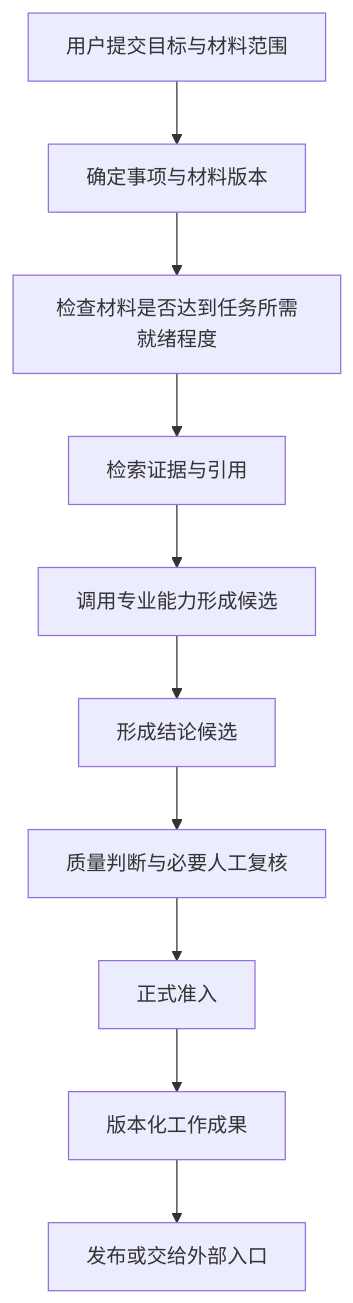
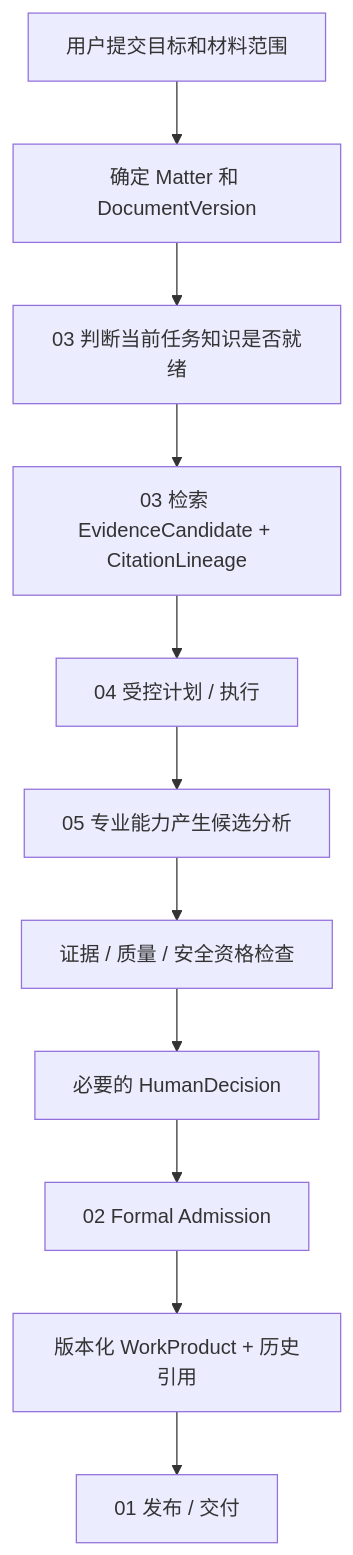
One commit to ProfessorZhi/Zuno changed the second of 5 diagrams in docs/architecture/architecture.md. Above: the diagram before and after it, drawn with Mermaid. The commit also changed other lines of this file, not shown here.

Commit message:
docs: align overall architecture with module design baseline

````diff
--- a/docs/architecture/architecture.md
+++ b/docs/architecture/architecture.md
@@ -88,12 +102,13 @@
 ```mermaid
 flowchart TB
-  START[用户提交目标与材料范围] --> MATTER[确定事项与材料版本]
-  MATTER --> READY[检查材料是否达到任务所需就绪程度]
-  READY --> EVIDENCE[检索证据与引用]
-  EVIDENCE --> CAP[调用专业能力形成候选]
-  CAP --> FINDING[形成结论候选]
-  FINDING --> REVIEW[质量判断与必要人工复核]
-  REVIEW --> ADMIT[正式准入]
-  ADMIT --> PRODUCT[版本化工作成果]
-  PRODUCT --> PUBLISH[发布或交给外部入口]
+  START[用户提交目标和材料范围] --> SCOPE[确定 Matter 和 DocumentVersion]
+  SCOPE --> READY[03 判断当前任务知识是否就绪]
+  READY --> EVIDENCE[03 检索 EvidenceCandidate + CitationLineage]
+  EVIDENCE --> PLAN[04 受控计划 / 执行]
+  PLAN --> CAP[05 专业能力产生候选分析]
+  CAP --> CHECK[证据 / 质量 / 安全资格检查]
+  CHECK --> HUMAN[必要的 HumanDecision]
+  HUMAN --> ADMIT[02 Formal Admission]
+  ADMIT --> PRODUCT[版本化 WorkProduct + 历史引用]
+  PRODUCT --> PUBLISH[01 发布 / 交付]
 ```
````
